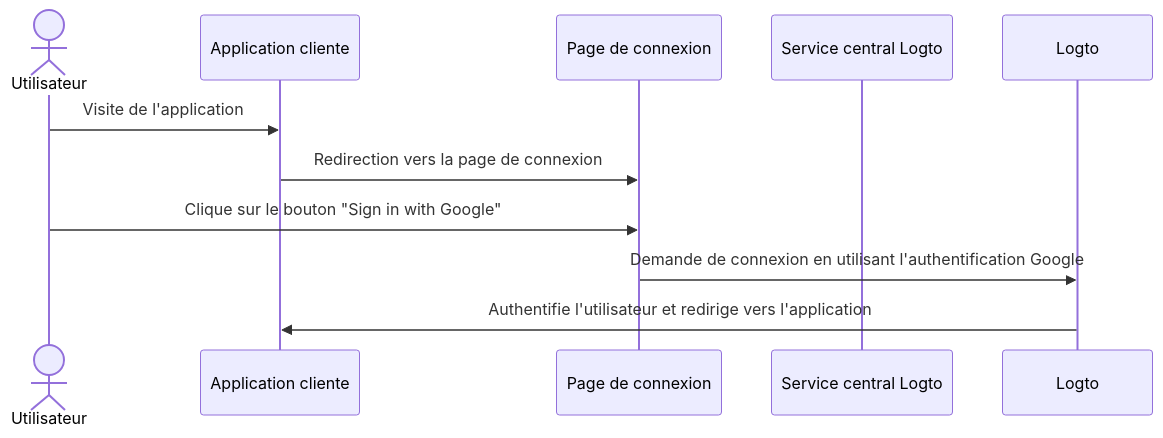
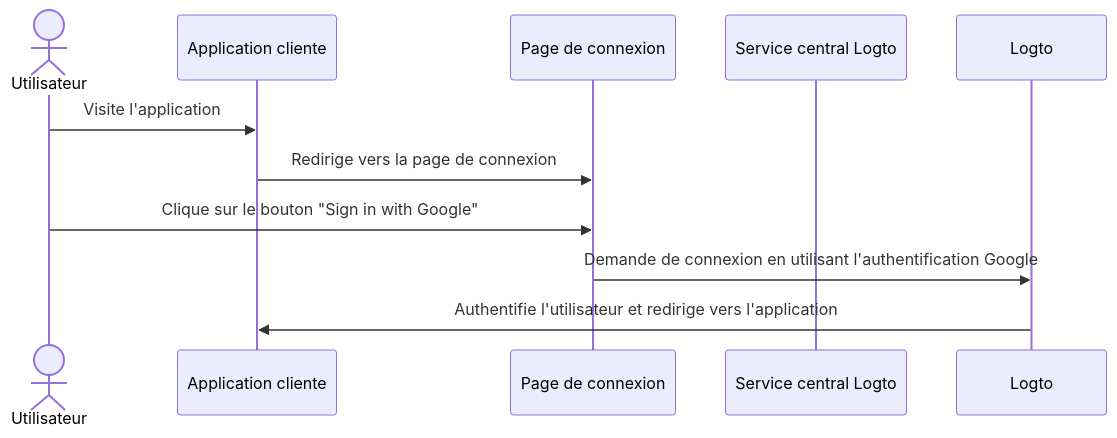
The second of 5 diagrams in i18n/fr/docusaurus-plugin-content-docs/current/end-user-flows/sign-up-and-sign-in/social-sign-in.mdx (logto-io/docs), drawn with Mermaid before and after one commit. The commit also changed other lines of this file and 2629 other files, not shown here.

````diff
--- a/i18n/fr/docusaurus-plugin-content-docs/current/end-user-flows/sign-up-and-sign-in/social-sign-in.mdx
+++ b/i18n/fr/docusaurus-plugin-content-docs/current/end-user-flows/sign-up-and-sign-in/social-sign-in.mdx
@@ -72,13 +75,13 @@
 ```mermaid
 sequenceDiagram
 actor user as Utilisateur
     participant app as Application cliente
     participant experience as Page de connexion
     participant logto as Service central Logto
 
-    user->>app: Visite de l'application
-    app->>experience: Redirection vers la page de connexion
+    user->>app: Visite l'application
+    app->>experience: Redirige vers la page de connexion
     user->>experience: Clique sur le bouton "Sign in with Google"
     experience->>Logto: Demande de connexion en utilisant l'authentification Google
     Logto->>app: Authentifie l'utilisateur et redirige vers l'application
 ```
````
